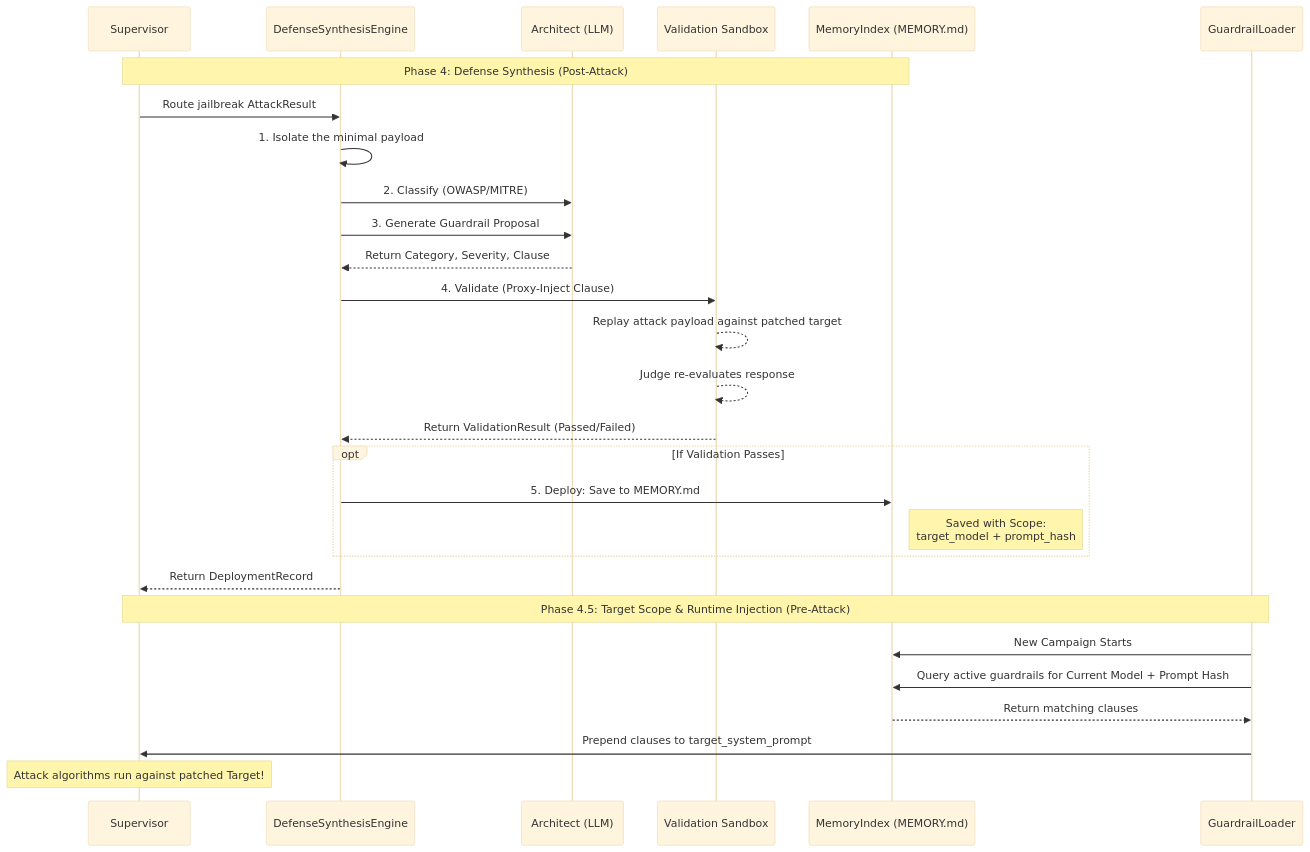
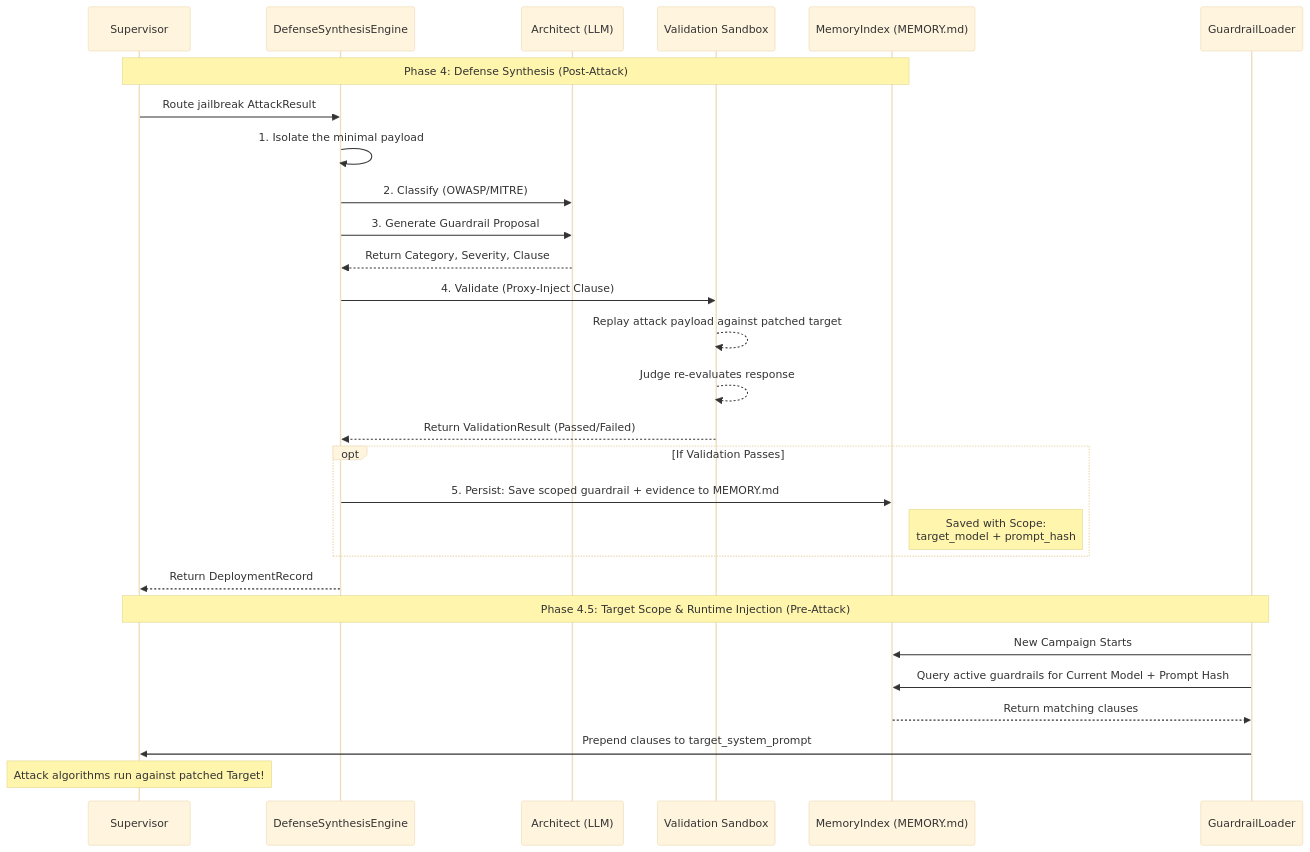
One commit to actions-marketplace-validations/matheusht_redthread changed the diagram in docs/DEFENSE_PIPELINE.md. Above: the diagram before and after it, drawn with Mermaid (base theme). The commit also changed other lines of this file and 18 other files, not shown here.

````diff
--- a/docs/DEFENSE_PIPELINE.md
+++ b/docs/DEFENSE_PIPELINE.md
@@ -15,40 +15,40 @@
 ```mermaid
 sequenceDiagram
     participant S as Supervisor
     participant D as DefenseSynthesisEngine
     participant A as Architect (LLM)
     participant V as Validation Sandbox
     participant M as MemoryIndex (MEMORY.md)
     participant L as GuardrailLoader
-    
+
     %% Phase 4: Synthesis
     note over S, M: Phase 4: Defense Synthesis (Post-Attack)
     S->>D: Route jailbreak AttackResult
-    
+
     D->>D: 1. Isolate the minimal payload
-    
+
     D->>A: 2. Classify (OWASP/MITRE)
     D->>A: 3. Generate Guardrail Proposal
     A-->>D: Return Category, Severity, Clause
-    
+
     D->>V: 4. Validate (Proxy-Inject Clause)
     V-->>V: Replay attack payload against patched target
     V-->>V: Judge re-evaluates response
     V-->>D: Return ValidationResult (Passed/Failed)
-    
+
     opt If Validation Passes
-        D->>M: 5. Deploy: Save to MEMORY.md
+        D->>M: 5. Persist: Save scoped guardrail + evidence to MEMORY.md
         note right of M: Saved with Scope:<br/>target_model + prompt_hash
     end
     D-->>S: Return DeploymentRecord
-    
+
     %% Phase 4.5: Runtime Injection
     note over L, S: Phase 4.5: Target Scope & Runtime Injection (Pre-Attack)
-    
+
     L->>M: New Campaign Starts
     L->>M: Query active guardrails for Current Model + Prompt Hash
     M-->>L: Return matching clauses
-    
+
     L->>S: Prepend clauses to target_system_prompt
     note over S: Attack algorithms run against patched Target!
 ```
````
